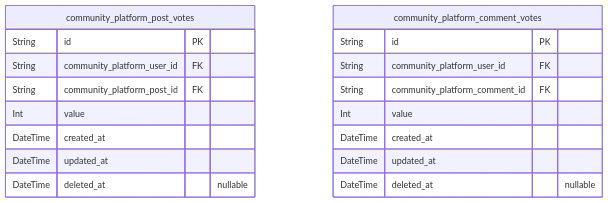
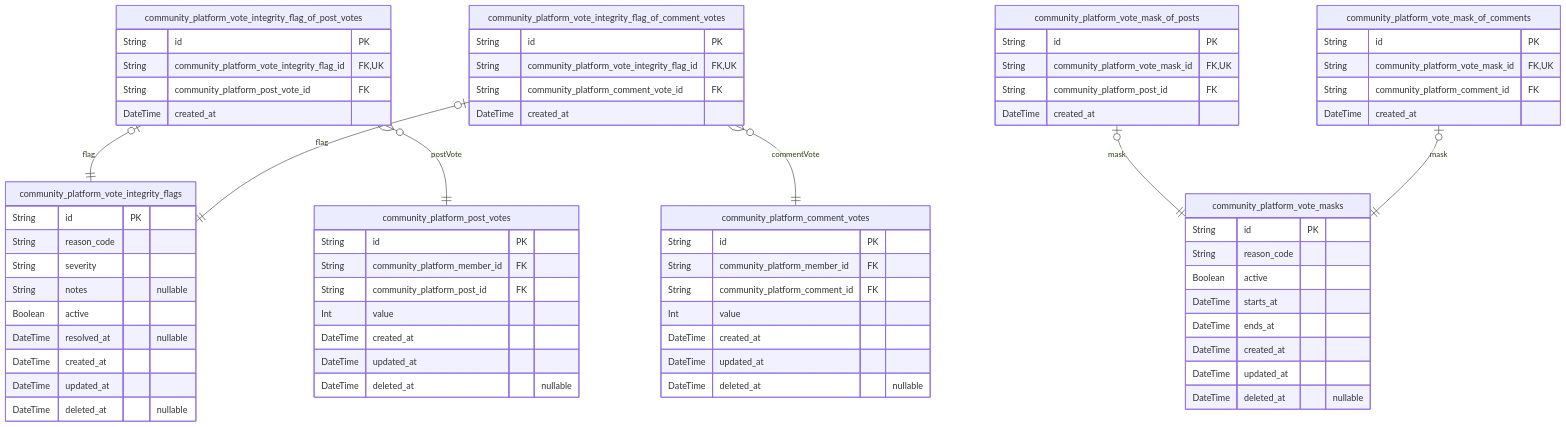
One commit to wrtnlabs/autobe-examples changed the sixth of 10 diagrams in openai/gpt-5/reddit/docs/ERD.md. Above: the diagram before and after it, drawn with Mermaid. The commit also changed other lines of this file and 16146 other files, not shown here.

````diff
--- a/openai/gpt-5/reddit/docs/ERD.md
+++ b/openai/gpt-5/reddit/docs/ERD.md
@@ -514,21 +1470,72 @@
 ```mermaid
 erDiagram
 "community_platform_post_votes" {
   String id PK
-  String community_platform_user_id FK
+  String community_platform_member_id FK
   String community_platform_post_id FK
   Int value
   DateTime created_at
   DateTime updated_at
   DateTime deleted_at "nullable"
 }
 "community_platform_comment_votes" {
   String id PK
-  String community_platform_user_id FK
+  String community_platform_member_id FK
   String community_platform_comment_id FK
   Int value
   DateTime created_at
   DateTime updated_at
   DateTime deleted_at "nullable"
 }
+"community_platform_vote_integrity_flags" {
+  String id PK
+  String reason_code
+  String severity
+  String notes "nullable"
+  Boolean active
+  DateTime resolved_at "nullable"
+  DateTime created_at
+  DateTime updated_at
+  DateTime deleted_at "nullable"
+}
+"community_platform_vote_masks" {
+  String id PK
+  String reason_code
+  Boolean active
+  DateTime starts_at
+  DateTime ends_at
+  DateTime created_at
+  DateTime updated_at
+  DateTime deleted_at "nullable"
+}
+"community_platform_vote_integrity_flag_of_post_votes" {
+  String id PK
+  String community_platform_vote_integrity_flag_id FK,UK
+  String community_platform_post_vote_id FK
+  DateTime created_at
+}
+"community_platform_vote_integrity_flag_of_comment_votes" {
+  String id PK
+  String community_platform_vote_integrity_flag_id FK,UK
+  String community_platform_comment_vote_id FK
+  DateTime created_at
+}
+"community_platform_vote_mask_of_posts" {
+  String id PK
+  String community_platform_vote_mask_id FK,UK
+  String community_platform_post_id FK
+  DateTime created_at
+}
+"community_platform_vote_mask_of_comments" {
+  String id PK
+  String community_platform_vote_mask_id FK,UK
+  String community_platform_comment_id FK
+  DateTime created_at
+}
+"community_platform_vote_integrity_flag_of_post_votes" |o--|| "community_platform_vote_integrity_flags" : flag
+"community_platform_vote_integrity_flag_of_post_votes" }o--|| "community_platform_post_votes" : postVote
+"community_platform_vote_integrity_flag_of_comment_votes" |o--|| "community_platform_vote_integrity_flags" : flag
+"community_platform_vote_integrity_flag_of_comment_votes" }o--|| "community_platform_comment_votes" : commentVote
+"community_platform_vote_mask_of_posts" |o--|| "community_platform_vote_masks" : mask
+"community_platform_vote_mask_of_comments" |o--|| "community_platform_vote_masks" : mask
 ```
````
